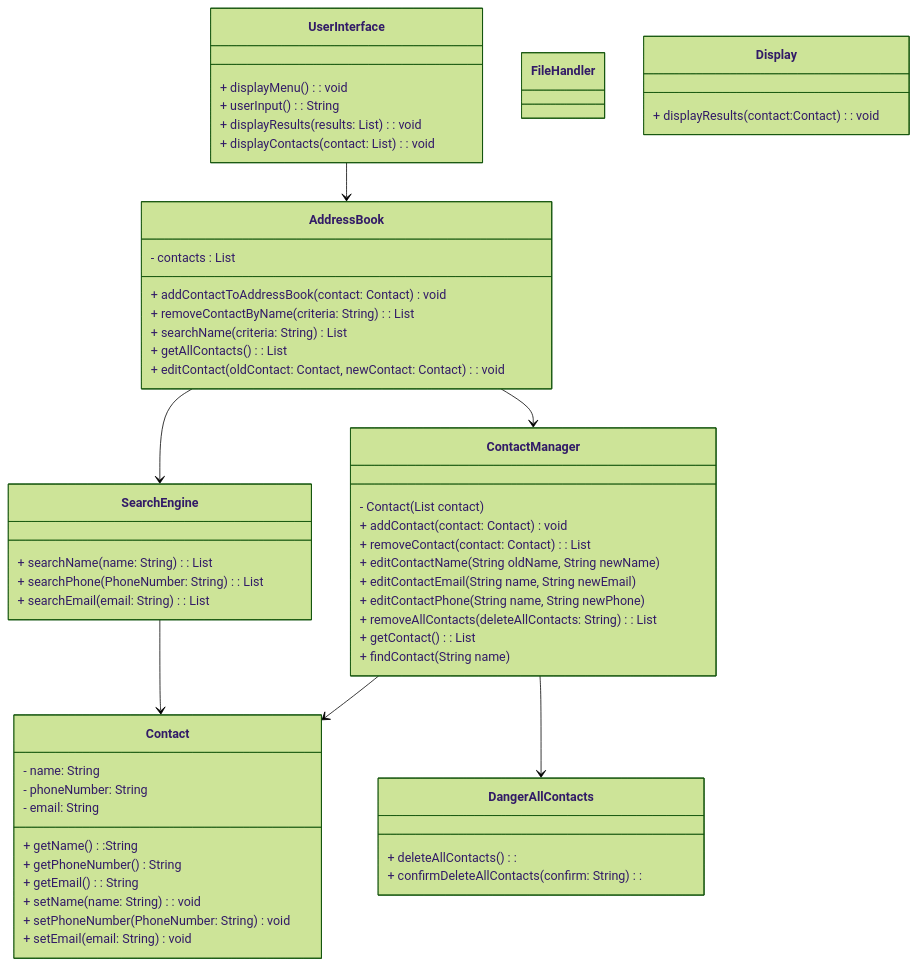
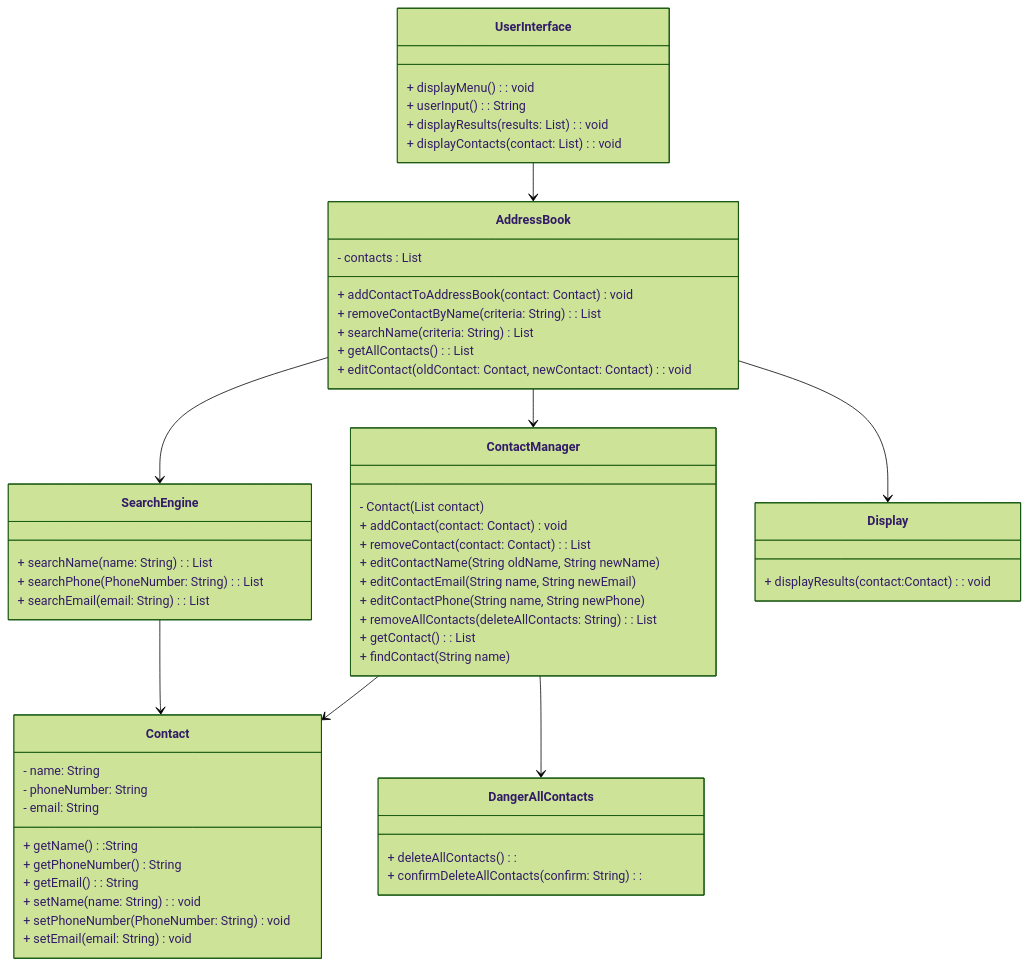
One commit to VSeaman8/DF-Challenge-3-Address-book changed the diagram in docs/class diagram.mermaid. Above: the diagram before and after it, drawn with Mermaid (forest theme). The commit also changed 6 other files, not shown here.

```diff
--- a/docs/class diagram.mermaid
+++ b/docs/class diagram.mermaid
@@ -1,68 +1,67 @@
 classDiagram
 
     class AddressBook{
         - contacts : List<Contact>
         + addContactToAddressBook(contact: Contact) void
         + removeContactByName(criteria: String): List<Contact>
         + searchName(criteria: String) List<cContact>
         + getAllContacts(): List<cContact>
         + editContact(oldContact: Contact, newContact: Contact): void
     }
 
     class Contact{
         - name: String
         - phoneNumber: String
         - email: String
         + getName():String
         + getPhoneNumber() String
         + getEmail(): String
         + setName(name: String): void
         + setPhoneNumber(PhoneNumber: String) void
         + setEmail(email: String) void
     }
 
     class ContactManager {
         - Contact (List contact)
         + addContact(contact: Contact) void
         + removeContact(contact: Contact): List<Contact>
         + editContactName(String oldName, String newName)
         + editContactEmail(String name, String newEmail)
         + editContactPhone(String name, String newPhone)
         + removeAllContacts(deleteAllContacts: String): List<cContact>
         + getContact(): List
         + findContact(String name)
 
     }
 
     class SearchEngine {
         + searchName(name: String): List<cContact>
         + searchPhone(PhoneNumber: String): List<cContact>
         + searchEmail(email: String): List<cContact>
 
     }
 
     class UserInterface {
     + displayMenu(): void
     + userInput(): String
     + displayResults(results: List<cContact>): void
     + displayContacts(contact: List<cContact>): void
     }
 
-    class FileHandler {
 
-    }
 
     class Display {
         + displayResults(contact:Contact): void
     }
     class DangerAllContacts {
         + deleteAllContacts():
         + confirmDeleteAllContacts(confirm: String):
     }
 
 UserInterface --> AddressBook
 AddressBook  --> ContactManager
+AddressBook --> Display
 AddressBook --> SearchEngine
 ContactManager --> Contact
 ContactManager --> DangerAllContacts
 SearchEngine --> Contact
```
